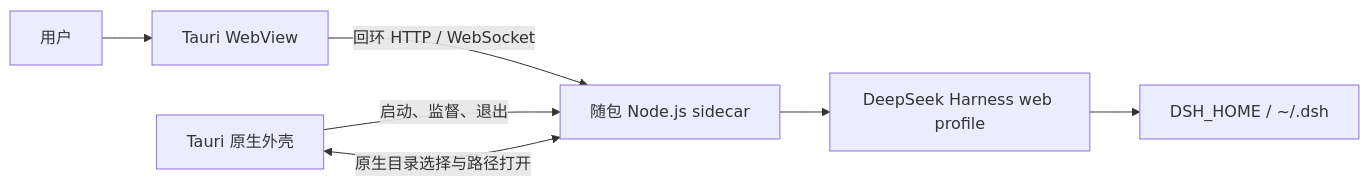
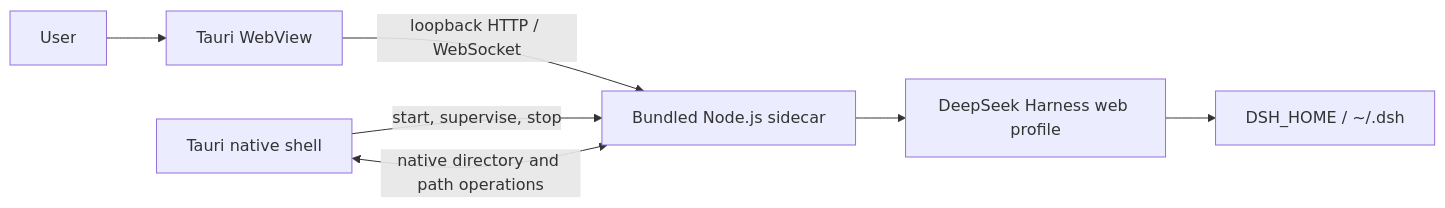
The diagram in README.md (ObnubiladO/deepseek-harness-desktop-pure), drawn with Mermaid before and after one commit. The commit also changed other lines of this file and 2 other files, not shown here.

````diff
--- a/README.md
+++ b/README.md
@@ -66,9 +66,9 @@
 ```mermaid
 flowchart LR
-  U["用户"] --> W["Tauri WebView"]
-  T["Tauri 原生外壳"] -->|"启动、监督、退出"| S["随包 Node.js sidecar"]
-  W -->|"回环 HTTP / WebSocket"| S
-  T <-->|"原生目录选择与路径打开"| S
+  U["User"] --> W["Tauri WebView"]
+  T["Tauri native shell"] -->|"start, supervise, stop"| S["Bundled Node.js sidecar"]
+  W -->|"loopback HTTP / WebSocket"| S
+  T <-->|"native directory and path operations"| S
   S --> H["DeepSeek Harness web profile"]
   H --> D["DSH_HOME / ~/.dsh"]
 ```
````
